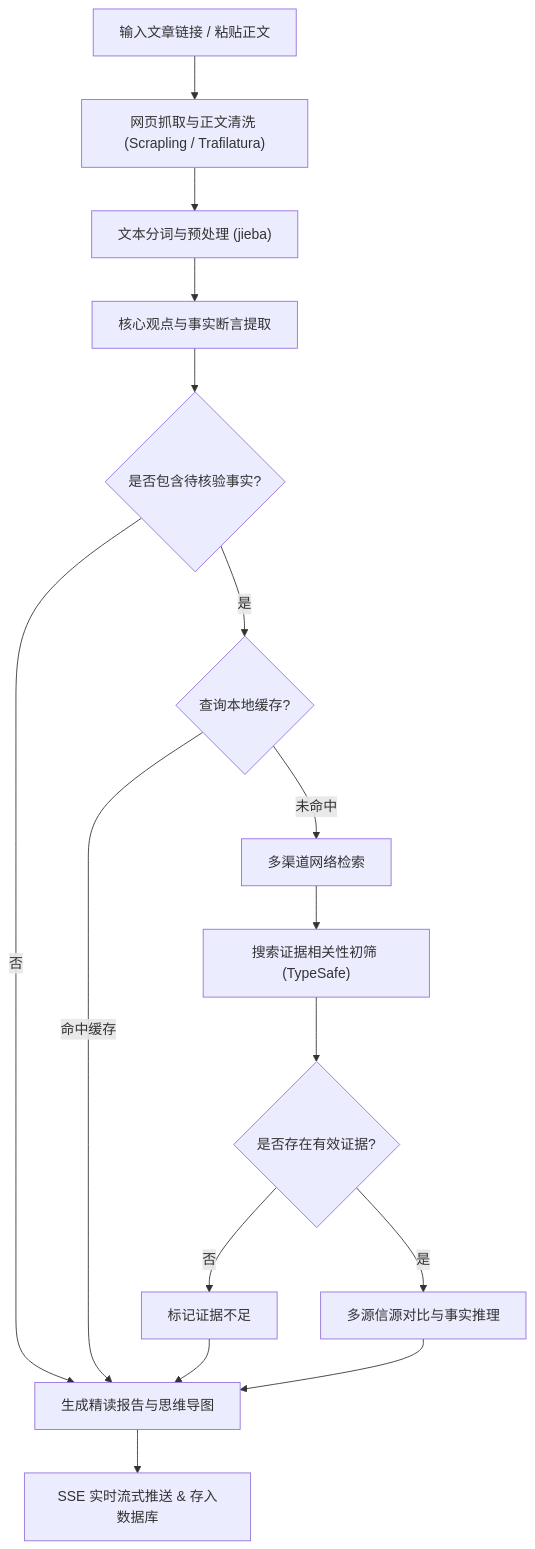
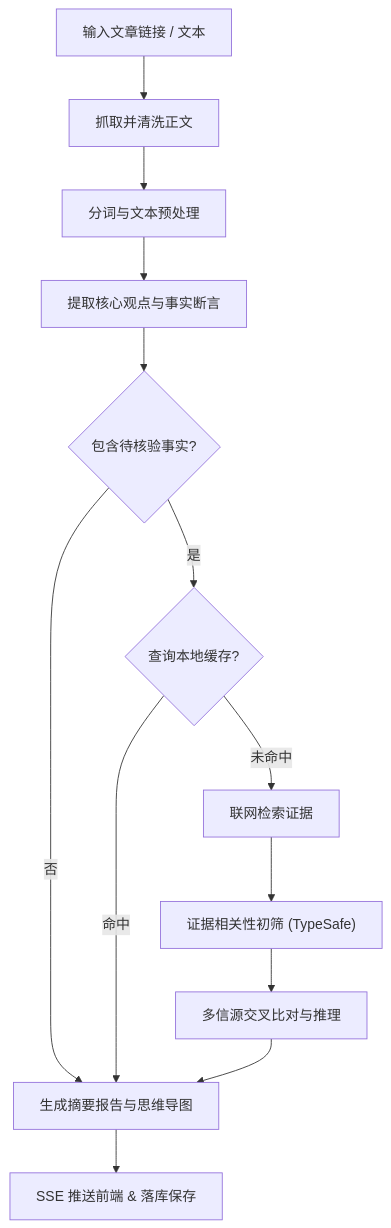
Before and after one commit to bill756/OmniDigest: the diagram in README.md, drawn with Mermaid. The commit also changed other lines of this file, not shown here.

````diff
--- a/README.md
+++ b/README.md
@@ -25,22 +26,15 @@
 ```mermaid
 flowchart TD
-    A["输入文章链接 / 粘贴正文"] --> B["网页抓取与正文清洗 (Scrapling / Trafilatura)"]
-    B --> C["文本分词与预处理 (jieba)"]
-    C --> D["核心观点与事实断言提取"]
-    
-    D --> E{"是否包含待核验事实?"}
-    E -- 否 --> F["生成精读报告与思维导图"]
+    A["输入文章链接 / 文本"] --> B["抓取并清洗正文"]
+    B --> C["分词与文本预处理"]
+    C --> D["提取核心观点与事实断言"]
+    D --> E{"包含待核验事实?"}
+    E -- 否 --> F["生成摘要报告与思维导图"]
     E -- 是 --> G{"查询本地缓存?"}
-    
-    G -- 命中缓存 --> F
-    G -- 未命中 --> H["多渠道网络检索"]
-    
-    H --> I["搜索证据相关性初筛 (TypeSafe)"]
-    I --> J{"是否存在有效证据?"}
-    J -- 否 --> K["标记证据不足"]
-    J -- 是 --> L["多源信源对比与事实推理"]
-    
-    K --> F
-    L --> F
-    F --> M["SSE 实时流式推送 & 存入数据库"]
+    G -- 命中 --> F
+    G -- 未命中 --> H["联网检索证据"]
+    H --> I["证据相关性初筛 (TypeSafe)"]
+    I --> J["多信源交叉比对与推理"]
+    J --> F
+    F --> K["SSE 推送前端 & 落库保存"]
 ```
````
